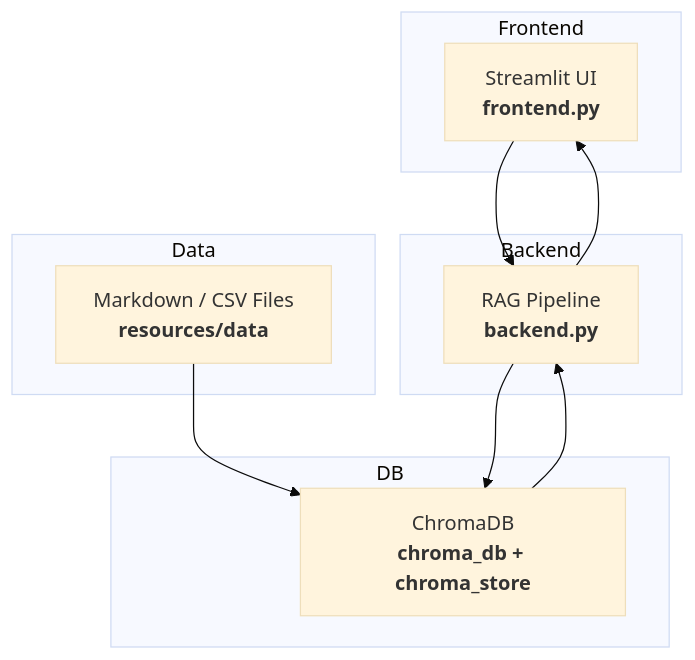
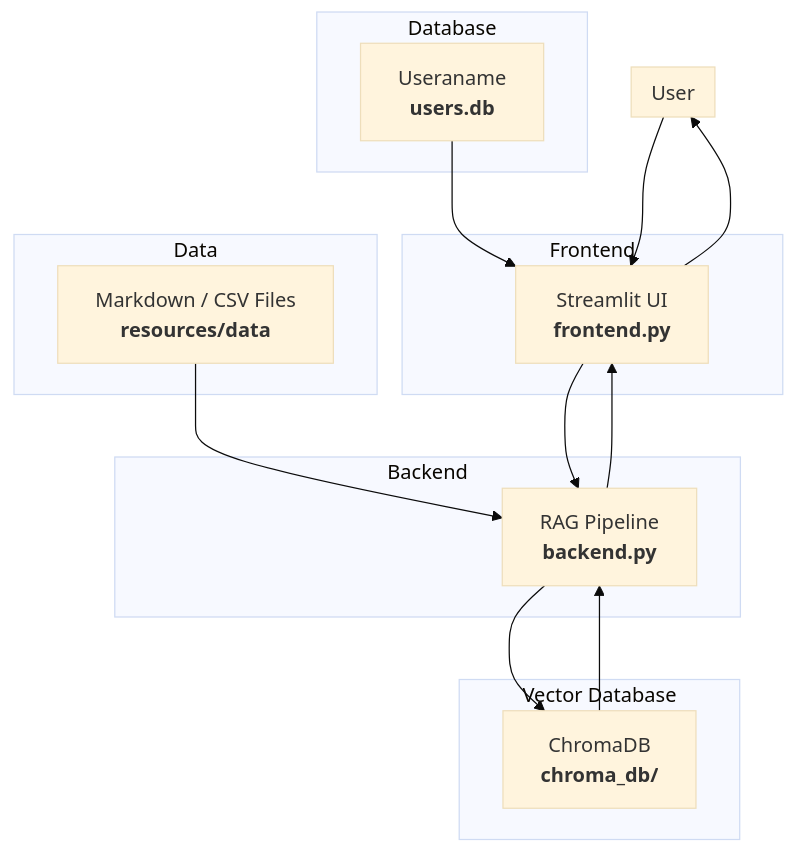
Before and after one commit to VishwarajsinhKher100/ContextGuard: the diagram in README.md, drawn with Mermaid (base theme). The commit also changed other lines of this file and 1 other file, not shown here.

Commit message:
docs: add sqlite database for username and password

````diff
--- a/README.md
+++ b/README.md
@@ -80,24 +81,34 @@
 ```mermaid
 flowchart TD
+    subgraph User
+    end
+
     subgraph Frontend
         ST[Streamlit UI<br><b>frontend.py</b>]
+    end
+
+    subgraph Database
+        DB[Useraname<br><b>users.db</b>]
     end
 
     subgraph Backend
         RAG[RAG Pipeline<br><b>backend.py</b>]
     end
 
-    subgraph DB
-        CH[ChromaDB<br><b>chroma_db + chroma_store</b>]
+    subgraph Vector Database
+        CH[ChromaDB<br><b>chroma_db/</b>]
     end
 
     subgraph Data
         Files[Markdown / CSV Files<br><b>resources/data</b>]
     end
 
+    User --> ST
+    ST --> User
+    DB --> ST
     ST --> RAG
     RAG --> CH
-    Files --> CH
+    Files --> RAG
     CH --> RAG
     RAG --> ST
 ```
````
